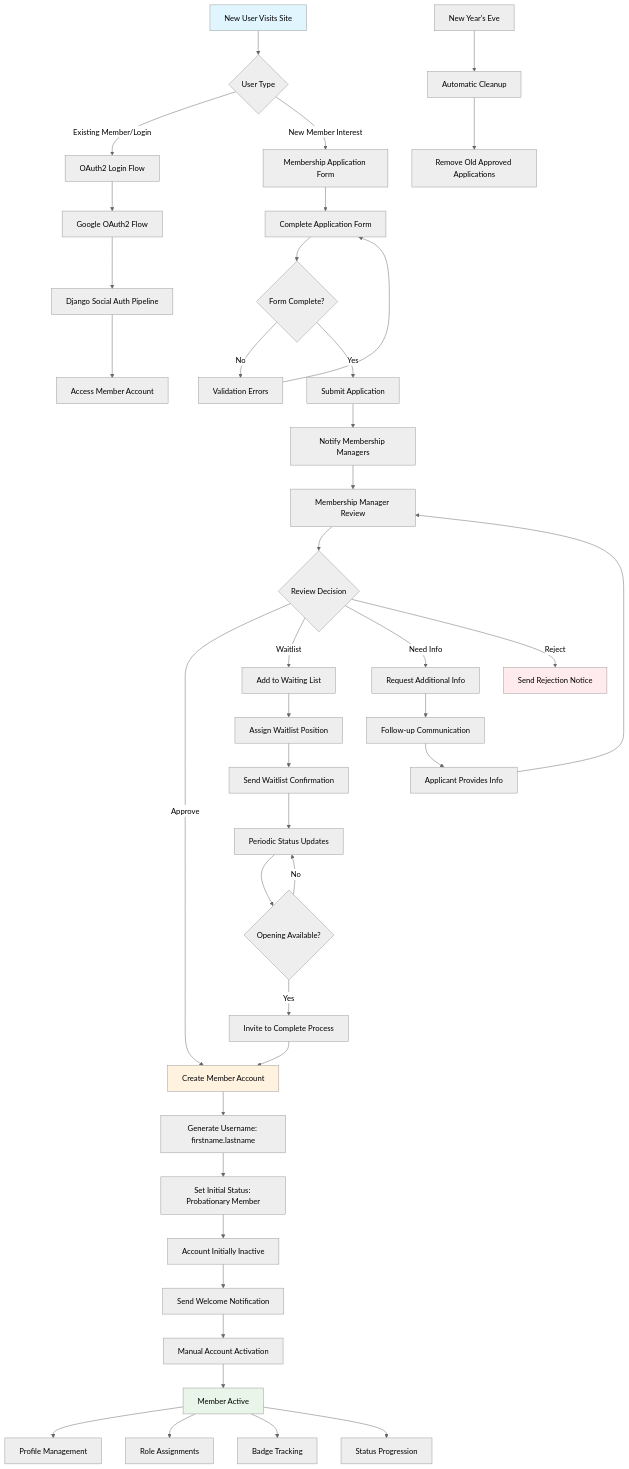
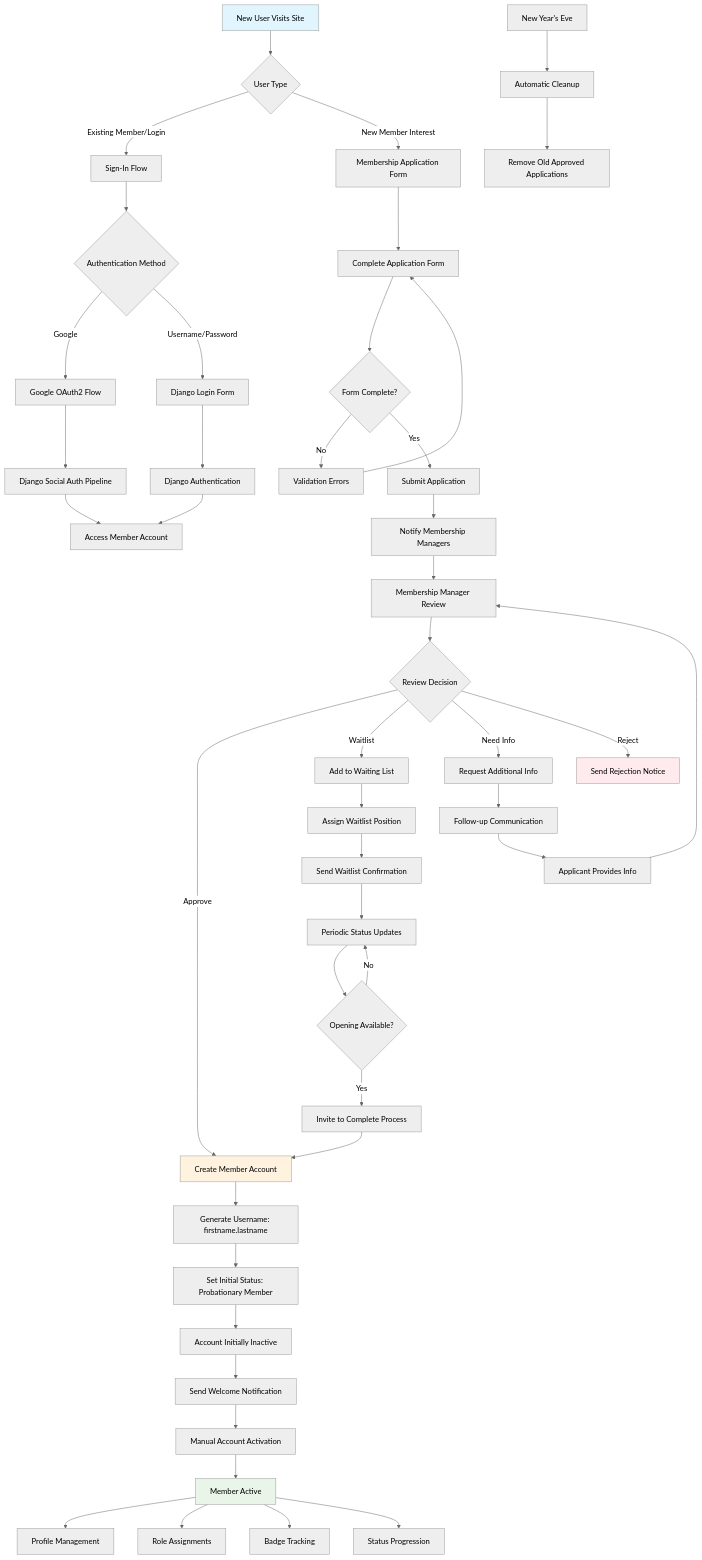
Before and after one commit to pietbarber/Manage2Soar: the first of 6 diagrams in docs/workflows/02-member-lifecycle.md, drawn with Mermaid (neutral theme). The commit also changed other lines of this file and 11 other files, not shown here.

````diff
--- a/docs/workflows/02-member-lifecycle.md
+++ b/docs/workflows/02-member-lifecycle.md
@@ -16,65 +16,69 @@
 ```mermaid
 flowchart TD
     %% Entry Points
     A1[New User Visits Site] --> B{User Type}
-    B -->|Existing Member/Login| C[OAuth2 Login Flow]
+    B -->|Existing Member/Login| C[Sign-In Flow]
     B -->|New Member Interest| D[Membership Application Form]
 
-    %% OAuth2 Path (Existing Members)
-    C --> E[Google OAuth2 Flow]
+    %% Sign-in Paths (Existing Members)
+    C --> C1{Authentication Method}
+    C1 -->|Google| E[Google OAuth2 Flow]
+    C1 -->|Username/Password| E2[Django Login Form]
     E --> F[Django Social Auth Pipeline]
+    E2 --> F2[Django Authentication]
     F --> G[Access Member Account]
+    F2 --> G
 
     %% New Application Path (Issue #245)
     D --> H[Complete Application Form]
     H --> I{Form Complete?}
     I -->|No| J[Validation Errors]
     I -->|Yes| K[Submit Application]
     J --> H
     K --> L[Notify Membership Managers]
 
     %% Application Review Process
     L --> M[Membership Manager Review]
     M --> N{Review Decision}
     N -->|Approve| O[Create Member Account]
     N -->|Waitlist| P[Add to Waiting List]
     N -->|Need Info| Q[Request Additional Info]
     N -->|Reject| R[Send Rejection Notice]
 
     %% Approved Path
     O --> S[Generate Username: firstname.lastname]
     S --> T[Set Initial Status: Probationary Member]
     T --> U[Account Initially Inactive]
     U --> V[Send Welcome Notification]
     V --> W[Manual Account Activation]
     W --> X[Member Active]
 
     %% Waitlist Path
     P --> Y[Assign Waitlist Position]
     Y --> Z[Send Waitlist Confirmation]
     Z --> AA[Periodic Status Updates]
     AA --> BB{Opening Available?}
     BB -->|Yes| CC[Invite to Complete Process]
     BB -->|No| AA
     CC --> O
 
     %% Additional Info Path
     Q --> DD[Follow-up Communication]
     DD --> EE[Applicant Provides Info]
     EE --> M
 
     %% Active Member Activities
     X --> FF[Profile Management]
     X --> GG[Role Assignments]
     X --> HH[Badge Tracking]
     X --> II[Status Progression]
 
     %% Annual Cleanup
     JJ[New Year's Eve] --> KK[Automatic Cleanup]
     KK --> LL[Remove Old Approved Applications]
 
     style A1 fill:#e1f5fe
     style X fill:#e8f5e8
     style R fill:#ffebee
     style O fill:#fff3e0
 ```
````
